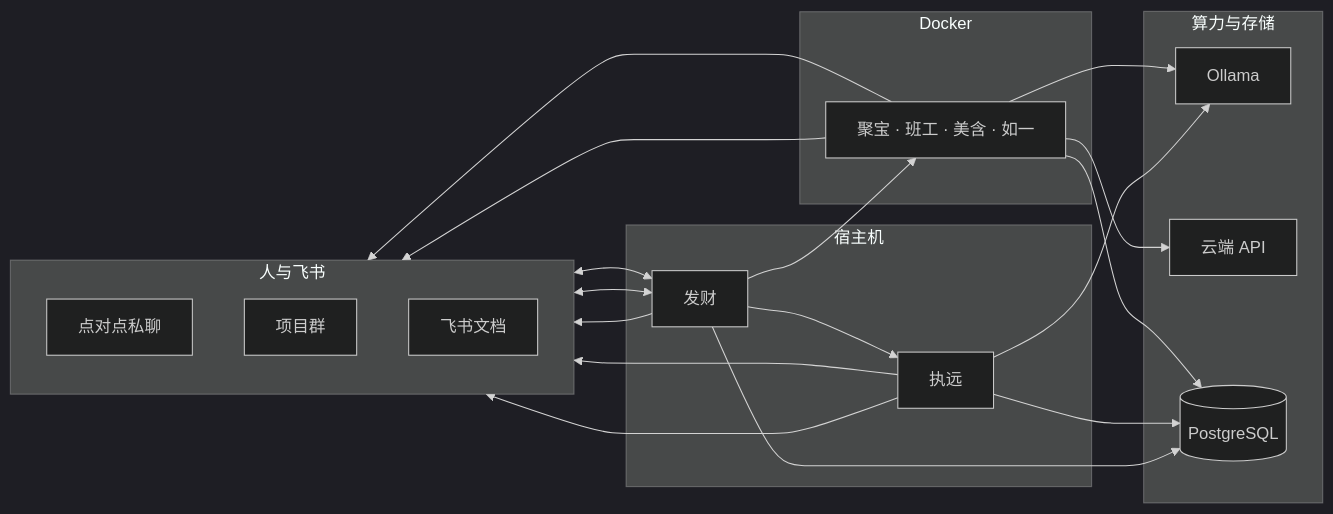
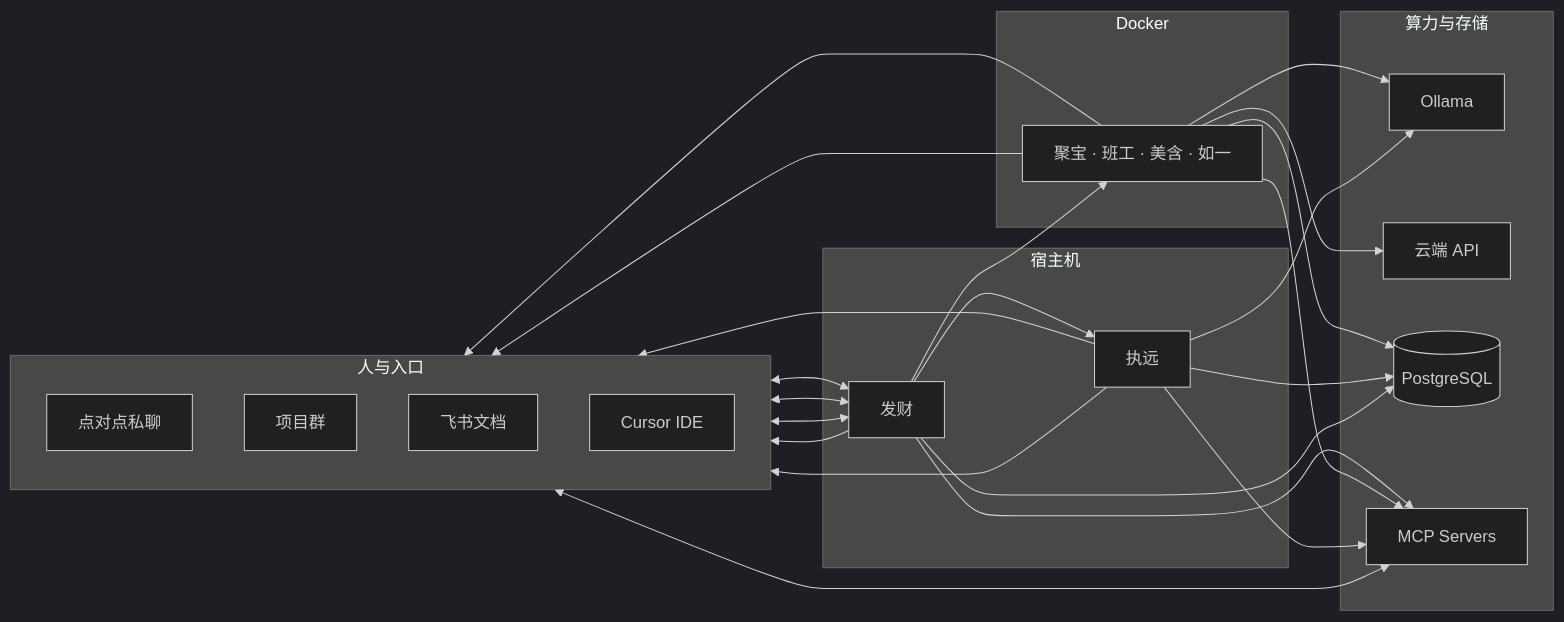
Before and after one commit to chrisgong/Fed-Agent-Company-Whitepaper: the diagram in 03-技术实现.md, drawn with Mermaid (dark theme). The commit also changed other lines of this file and 2 other files, not shown here.

````diff
--- a/03-技术实现.md
+++ b/03-技术实现.md
@@ -29,36 +29,43 @@
 ```mermaid
 flowchart LR
-  subgraph 人与飞书[" 人与飞书 "]
+  subgraph 人与入口[" 人与入口 "]
     direction TB
     P2P[" 点对点私聊 "]
     PG[" 项目群 "]
     DOC[" 飞书文档 "]
+    CUR[" Cursor IDE "]
   end
   subgraph 宿主机[" 宿主机 "]
     FC[" 发财 "]
     ZY[" 执远 "]
   end
   subgraph Docker[" Docker "]
     SUB[" 聚宝 · 班工 · 美含 · 如一 "]
   end
   subgraph 算力与存储[" 算力与存储 "]
     OLL[" Ollama "]
     CLD[" 云端 API "]
     DB[( PostgreSQL )]
+    MCP[" MCP Servers "]
   end
   P2P <--> FC
   PG <--> FC
+  CUR <--> FC
+  CUR <--> MCP
   FC --> SUB
   FC --> ZY
   SUB --> PG
   ZY --> PG
   SUB --> DOC
   ZY --> DOC
   FC --> DOC
   SUB --> OLL
   SUB --> CLD
   ZY --> OLL
   SUB --> DB
   ZY --> DB
   FC --> DB
+  FC --> MCP
+  SUB --> MCP
+  ZY --> MCP
 ```
````
